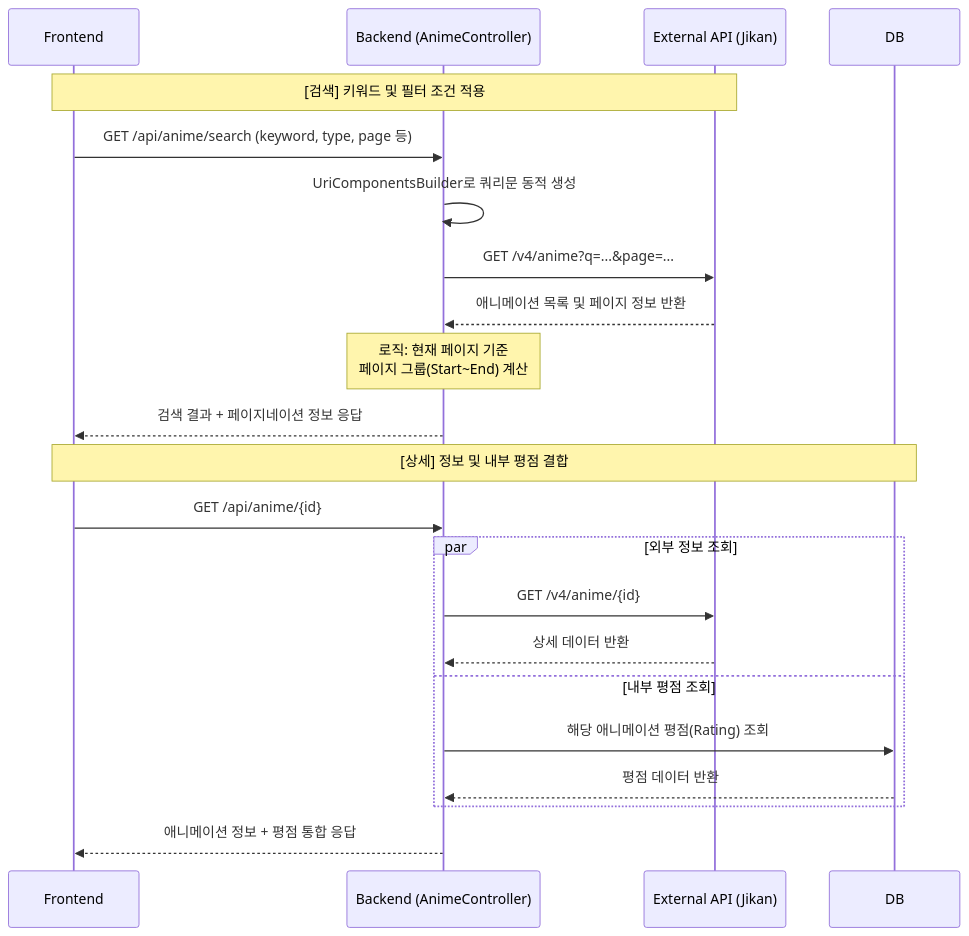
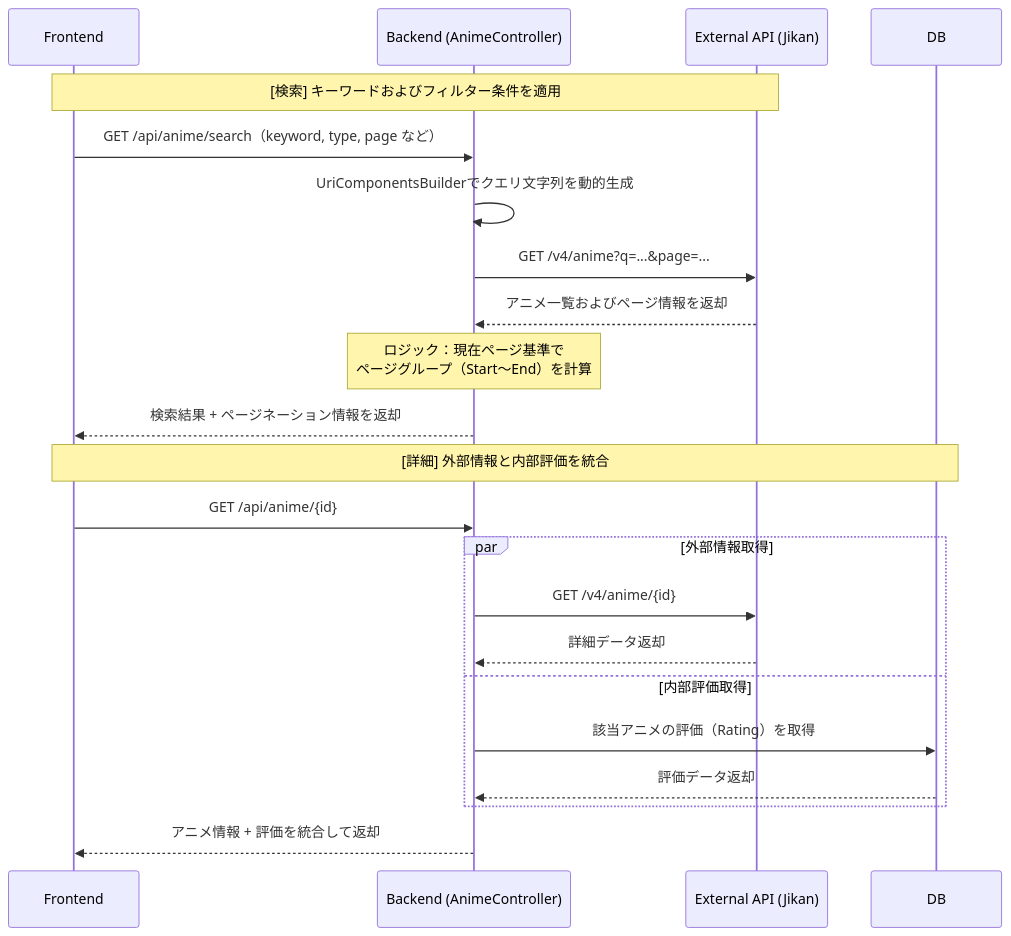
Before and after one commit to You-HyunHo/ani-frontend: the seventh of 10 diagrams in README_img/SEQUENCE.md, drawn with Mermaid. The commit also changed other lines of this file, not shown here.

````diff
--- a/README_img/SEQUENCE.md
+++ b/README_img/SEQUENCE.md
@@ -122,31 +122,31 @@
 ```mermaid
 sequenceDiagram
     participant FE as Frontend
     participant BE as Backend (AnimeController)
     participant EXT as External API (Jikan)
     participant DB 
 
-    %% 1. 검색 기능
-    Note over FE, EXT: [검색] 키워드 및 필터 조건 적용
-    FE->>BE: GET /api/anime/search (keyword, type, page 등)
-    BE->>BE: UriComponentsBuilder로 쿼리문 동적 생성
+    %% 1. 検索機能
+    Note over FE, EXT: [検索] キーワードおよびフィルター条件を適用
+    FE->>BE: GET /api/anime/search（keyword, type, page など）
+    BE->>BE: UriComponentsBuilderでクエリ文字列を動的生成
     BE->>EXT: GET /v4/anime?q=...&page=...
-    EXT-->>BE: 애니메이션 목록 및 페이지 정보 반환
+    EXT-->>BE: アニメ一覧およびページ情報を返却
     
-    Note over BE: 로직: 현재 페이지 기준<br/>페이지 그룹(Start~End) 계산
+    Note over BE: ロジック：現在ページ基準で<br/>ページグループ（Start〜End）を計算
     
-    BE-->>FE: 검색 결과 + 페이지네이션 정보 응답
+    BE-->>FE: 検索結果 + ページネーション情報を返却
 
-    %% 2. 상세 조회
-    Note over FE, DB: [상세] 정보 및 내부 평점 결합
+    %% 2. 詳細取得
+    Note over FE, DB: [詳細] 外部情報と内部評価を統合
     FE->>BE: GET /api/anime/{id}
-    par 외부 정보 조회
+    par 外部情報取得
         BE->>EXT: GET /v4/anime/{id}
-        EXT-->>BE: 상세 데이터 반환
-    and 내부 평점 조회
-        BE->>DB: 해당 애니메이션 평점(Rating) 조회
-        DB-->>BE: 평점 데이터 반환
+        EXT-->>BE: 詳細データ返却
+    and 内部評価取得
+        BE->>DB: 該当アニメの評価（Rating）を取得
+        DB-->>BE: 評価データ返却
     end
     
-    BE-->>FE: 애니메이션 정보 + 평점 통합 응답
+    BE-->>FE: アニメ情報 + 評価を統合して返却
 ```
````
